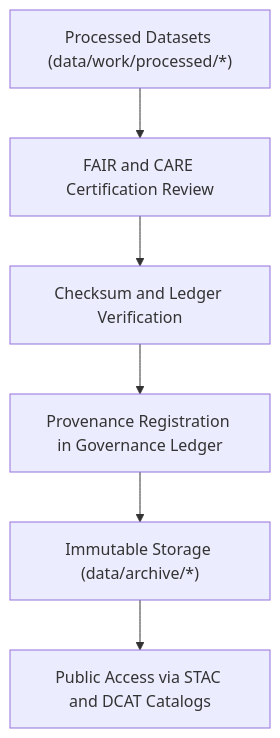
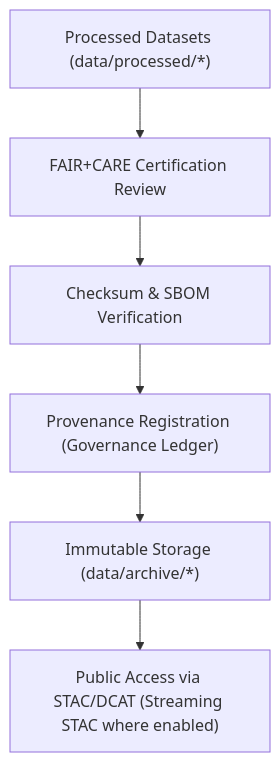
One commit to bartytime4life/Kansas-Frontier-Matrix changed the diagram in data/archive/README.md. Above: the diagram before and after it, drawn with Mermaid. The commit also changed other lines of this file, not shown here.

````diff
--- a/data/archive/README.md
+++ b/data/archive/README.md
@@ -51,8 +53,8 @@
 ```mermaid
 flowchart TD
-    A["Processed Datasets (data/work/processed/*)"] --> B["FAIR and CARE Certification Review"]
-    B --> C["Checksum and Ledger Verification"]
-    C --> D["Provenance Registration in Governance Ledger"]
-    D --> E["Immutable Storage (data/archive/*)"]
-    E --> F["Public Access via STAC and DCAT Catalogs"]
+    PROC["Processed Datasets (data/processed/*)"] --> CERT["FAIR+CARE Certification Review"]
+    CERT --> CHK["Checksum & SBOM Verification"]
+    CHK --> LED["Provenance Registration (Governance Ledger)"]
+    LED --> ARCH["Immutable Storage (data/archive/*)"]
+    ARCH --> PUB["Public Access via STAC/DCAT (Streaming STAC where enabled)"]
 ```
````
